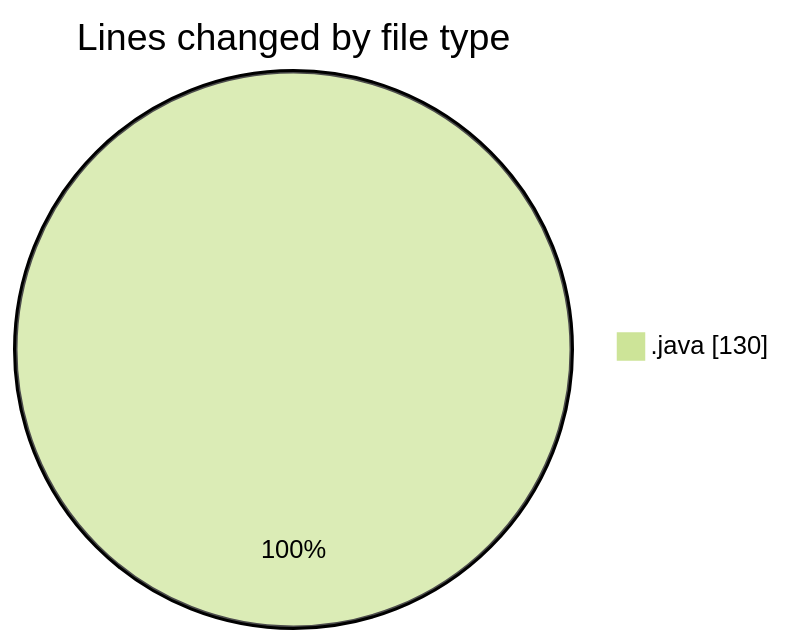
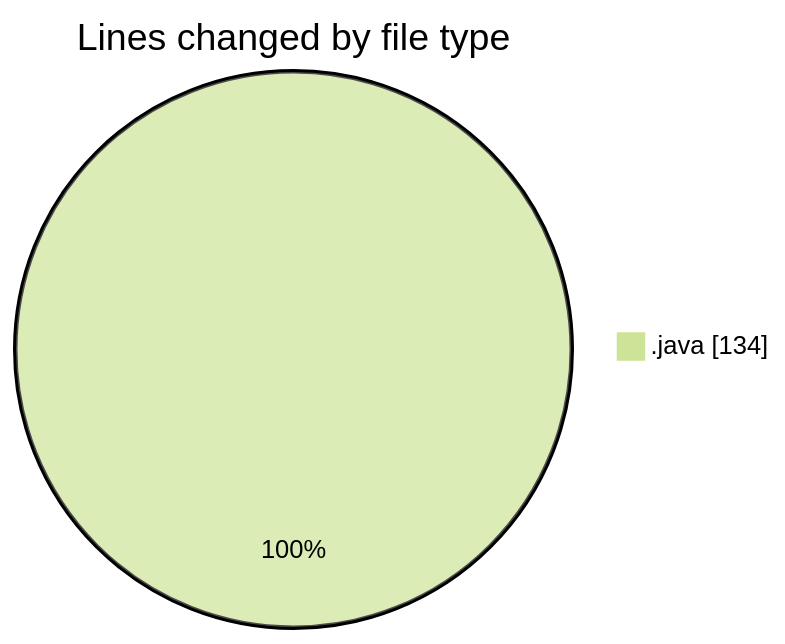
One commit to NitaiMahat/code-tracking changed the first of 2 diagrams in 2025-02-10/classwork/README.md. Above: the diagram before and after it, drawn with Mermaid (forest theme). The commit also changed other lines of this file and 1 other file, not shown here.

````diff
--- a/2025-02-10/classwork/README.md
+++ b/2025-02-10/classwork/README.md
@@ -24,5 +25,5 @@
 ```mermaid
 pie showData
 title Lines changed by file type
-".java" : 130
+".java" : 134
 ```
````
